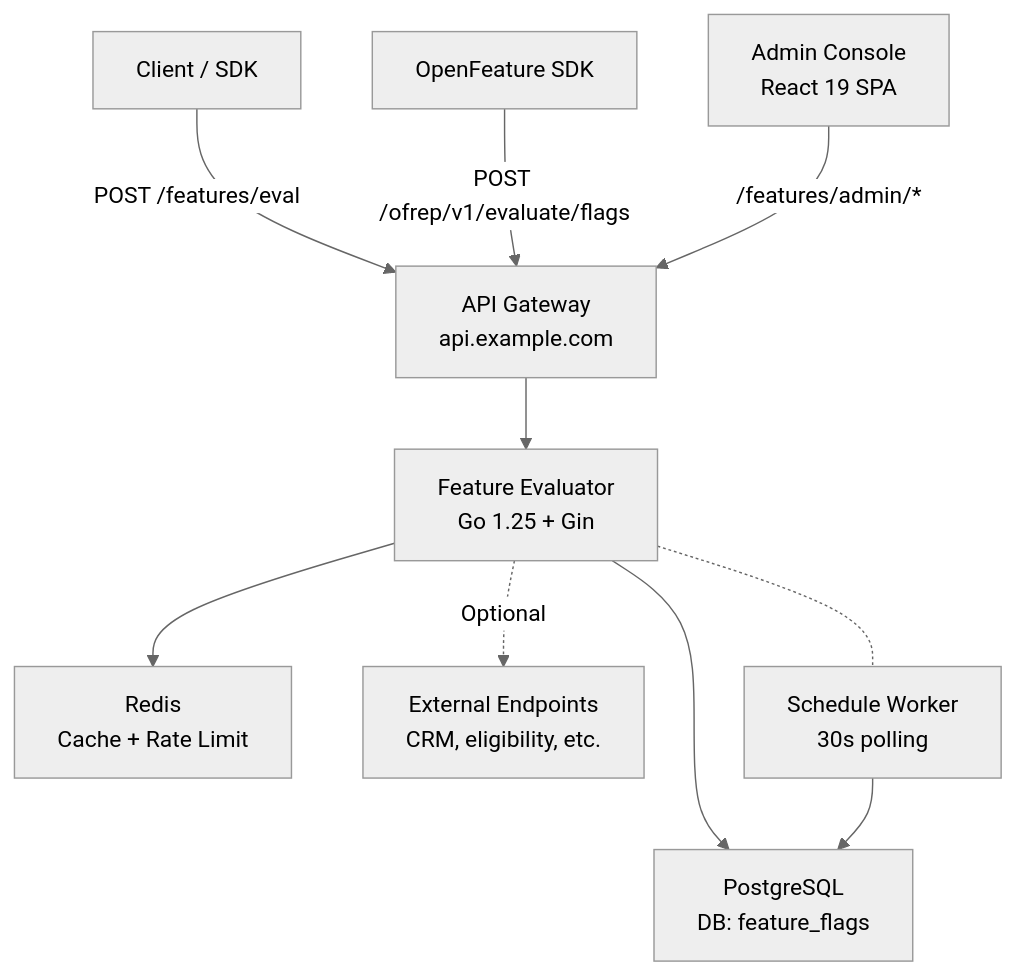
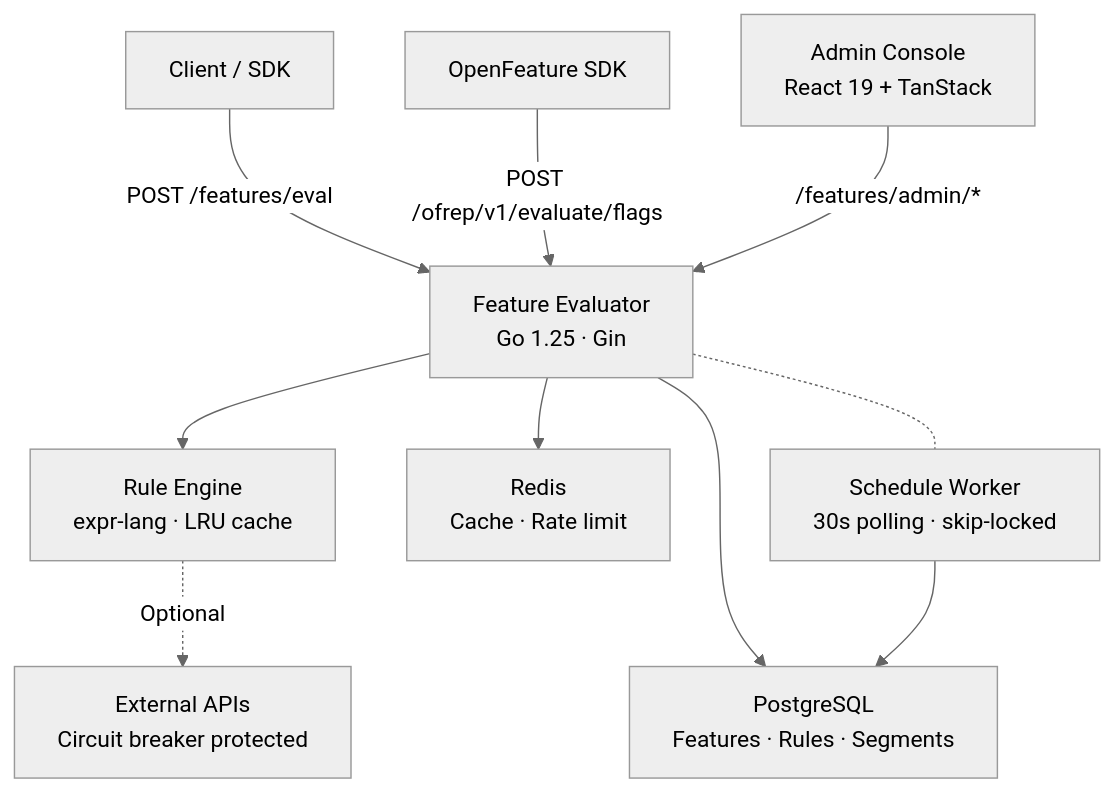
Before and after one commit to rendis/feature-evaluator: the first of 2 diagrams in README.md, drawn with Mermaid (neutral theme). The commit also changed other lines of this file and 4 other files, not shown here.

````diff
--- a/README.md
+++ b/README.md
@@ -119,12 +95,14 @@
 ```mermaid
 graph TD
-    SDK["Client / SDK"] -->|POST /features/eval| GW["API Gateway<br/>api.example.com"]
-    OFSDK["OpenFeature SDK"] -->|POST /ofrep/v1/evaluate/flags| GW
-    Console["Admin Console<br/>React 19 SPA"] -->|/features/admin/*| GW
-    GW --> API["Feature Evaluator<br/>Go 1.25 + Gin"]
-    API --> PG["PostgreSQL<br/>DB: feature_flags"]
-    API --> Redis["Redis<br/>Cache + Rate Limit"]
-    API -.->|Optional| Ext["External Endpoints<br/>CRM, eligibility, etc."]
-    API -.- Worker["Schedule Worker<br/>30s polling"]
+    SDK["Client / SDK"] -->|POST /features/eval| API
+    OFSDK["OpenFeature SDK"] -->|POST /ofrep/v1/evaluate/flags| API
+    Console["Admin Console<br/>React 19 + TanStack"] -->|/features/admin/*| API
+
+    API["Feature Evaluator<br/>Go 1.25 · Gin"]
+    API --> Engine["Rule Engine<br/>expr-lang · LRU cache"]
+    API --> PG["PostgreSQL<br/>Features · Rules · Segments"]
+    API --> Redis["Redis<br/>Cache · Rate limit"]
+    Engine -.->|Optional| Ext["External APIs<br/>Circuit breaker protected"]
+    API -.- Worker["Schedule Worker<br/>30s polling · skip-locked"]
     Worker --> PG
 ```
````
